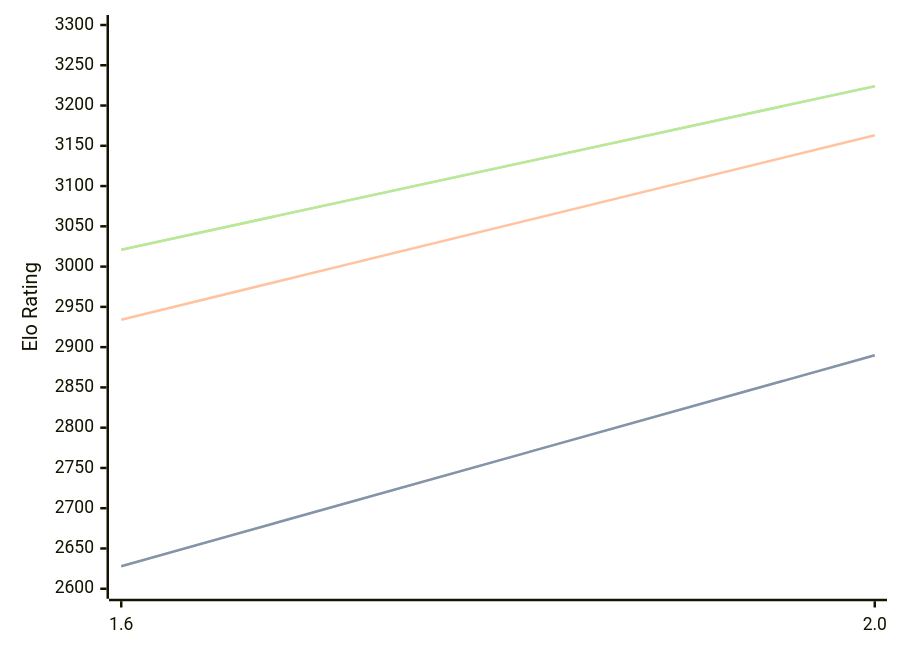
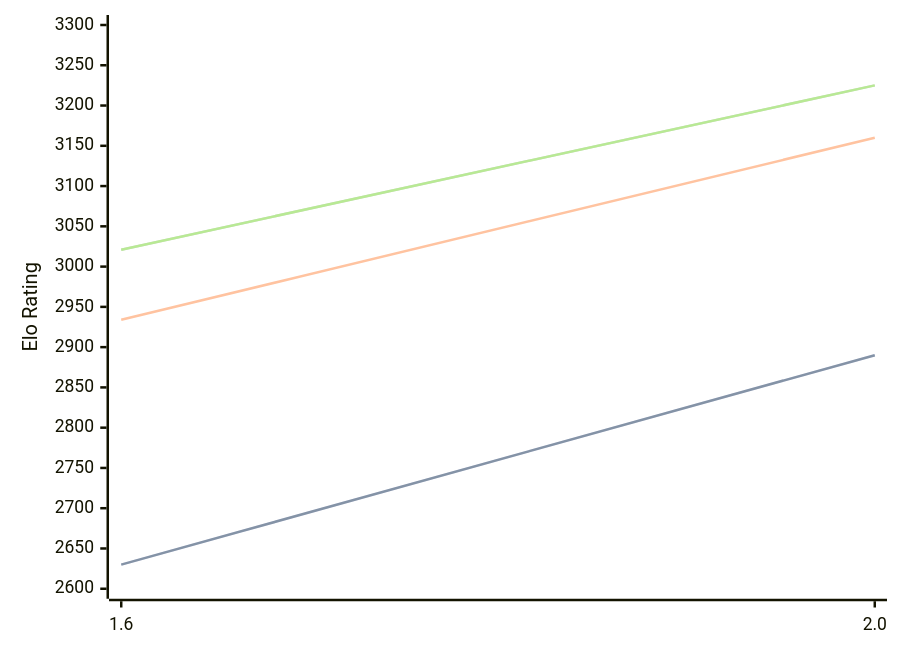
The diagram in engines/Onyx.md (computer-chess-index/cci), drawn with Mermaid before and after one commit. The commit also changed other lines of this file, not shown here.

Commit message:
Update CCI Ratings (ELO VLTC) - 2026-09-08

````diff
--- a/engines/Onyx.md
+++ b/engines/Onyx.md
@@ -32,11 +32,11 @@
 ```mermaid
 %%{init: {"theme":"base","themeVariables":{"seriesColors:['#a3a3a3','#222221','#faa371']}}}%%
 xychart-beta
   x-axis ["1.6", "2.0"]
   y-axis "Elo Rating" 2600 --> 3300
-  line "" [2628, 2890]
-  line "STC (8.0+0.08s)" [2628, 2890]
-  line "LTC (60.0+0.60s)" [2934, 3163]
-  line "" [3021, 3224]
-  line "VLTC (2m24s+1.12s)" [3021, 3224]
+  line "" [2630, 2890]
+  line "STC (8.0+0.08s)" [2630, 2890]
+  line "LTC (60.0+0.60s)" [2934, 3160]
+  line "" [3021, 3225]
+  line "VLTC (2m24s+1.12s)" [3021, 3225]
 ```
````
